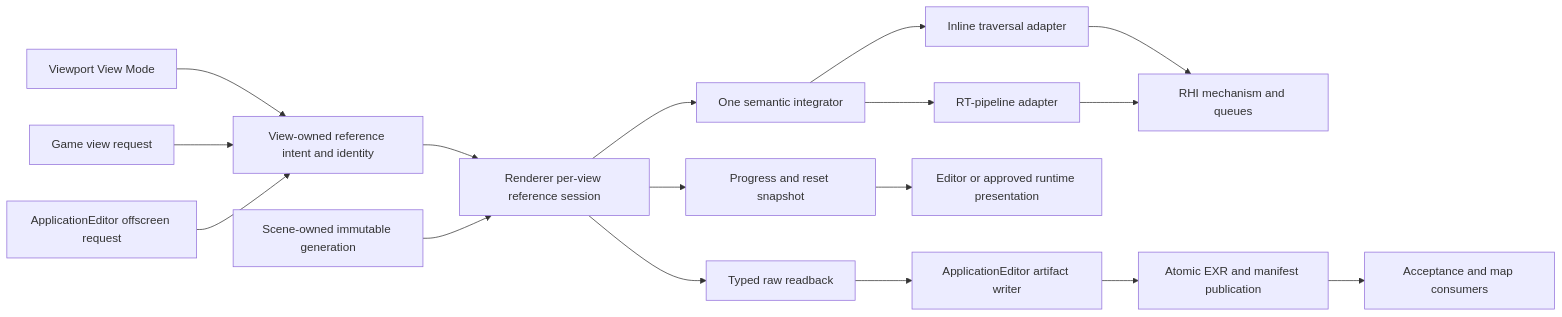
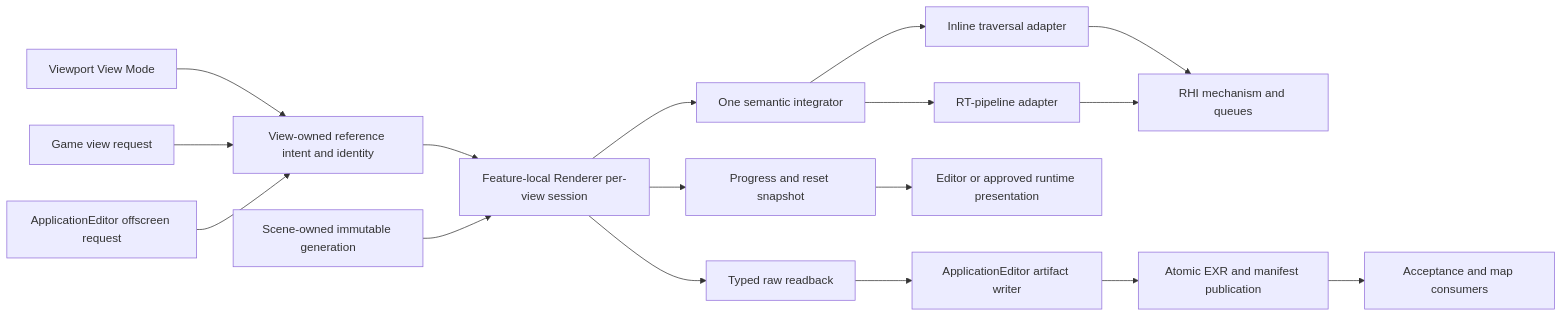
Before and after one commit to stoleckipawel/SparkleEngine: the first of 3 diagrams in Docs/Architecture/Modules/Engine/Renderer/Features/Lighting/ReferencePathTracer/ExecutionArchitecture.md, drawn with Mermaid. The commit also changed other lines of this file and 107 other files, not shown here.

````diff
--- a/Docs/Architecture/Modules/Engine/Renderer/Features/Lighting/ReferencePathTracer/ExecutionArchitecture.md
+++ b/Docs/Architecture/Modules/Engine/Renderer/Features/Lighting/ReferencePathTracer/ExecutionArchitecture.md
@@ -82,19 +82,19 @@
 ```mermaid
 flowchart LR
     Menu[Viewport View Mode] --> View[View-owned reference intent and identity]
     Runtime[Game view request] --> View
     CLI[ApplicationEditor offscreen request] --> View
-    View --> Session[Renderer per-view reference session]
+    View --> Session[Feature-local Renderer per-view session]
     Scene[Scene-owned immutable generation] --> Session
     Session --> Integrator[One semantic integrator]
     Integrator --> Inline[Inline traversal adapter]
     Integrator --> RGS[RT-pipeline adapter]
     Inline --> RHI[RHI mechanism and queues]
     RGS --> RHI
     Session --> Overlay[Progress and reset snapshot]
     Session --> Readback[Typed raw readback]
     Overlay --> UI[Editor or approved runtime presentation]
     Readback --> Writer[ApplicationEditor artifact writer]
     Writer --> Publish[Atomic EXR and manifest publication]
     Publish --> Evidence[Acceptance and map consumers]
 ```
````
